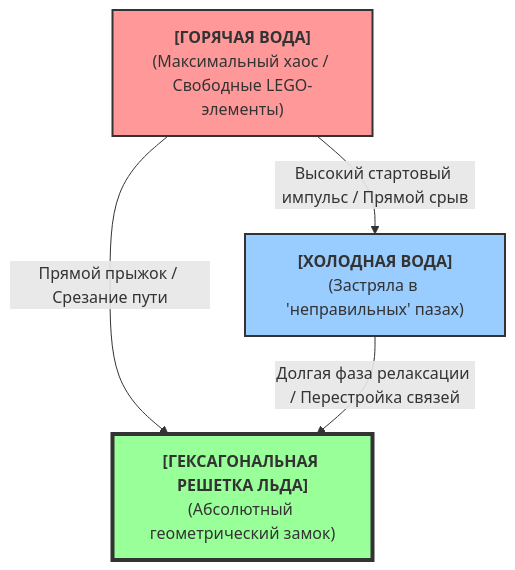
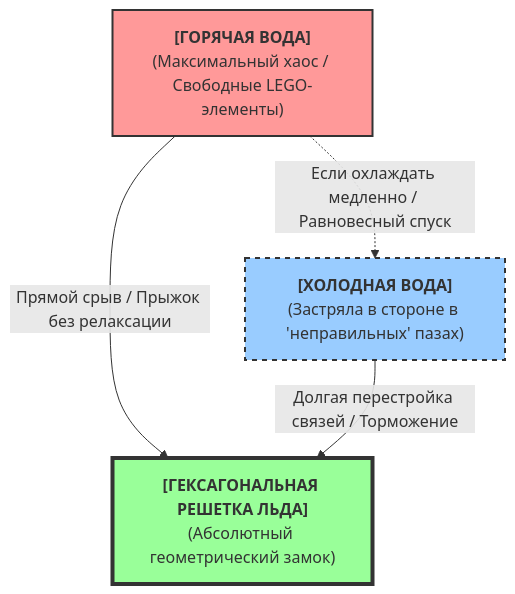
One commit to mvnaol2026/Gravity-Does-Not-Exist changed the diagram in articles/cta_mpemba_paradox.md. Above: the diagram before and after it, drawn with Mermaid.

````diff
--- a/articles/cta_mpemba_paradox.md
+++ b/articles/cta_mpemba_paradox.md
@@ -52,14 +52,14 @@
 ```mermaid
 graph TD
     A["<b>[ГОРЯЧАЯ ВОДА]</b><br>(Максимальный хаос / Свободные LEGO-элементы)"] 
-    B["<b>[ХОЛОДНАЯ ВОДА]</b><br>(Застряла в 'неправильных' пазах)"]
+    B["<b>[ХОЛОДНАЯ ВОДА]</b><br>(Застряла в стороне в 'неправильных' пазах)"]
     C["<b>[ГЕКСАГОНАЛЬНАЯ РЕШЕТКА ЛЬДА]</b><br>(Абсолютный геометрический замок)"]
 
-    A -->|Высокий стартовый импульс / Прямой срыв| B
-    A -->|Прямой прыжок / Срезание пути| C
-    B -->|Долгая фаза релаксации / Перестройка связей| C
+    A -->|Прямой срыв / Прыжок без релаксации| C
+    A -.->|Если охлаждать медленно / Равновесный спуск| B
+    B -->|Долгая перестройка связей / Торможение| C
 
     style A fill:#ff9999,stroke:#333,stroke-width:2px
-    style B fill:#99ccff,stroke:#333,stroke-width:2px
+    style B fill:#99ccff,stroke:#333,stroke-width:2px,stroke-dasharray: 5 5
     style C fill:#99ff99,stroke:#333,stroke-width:4px
 ```
````
